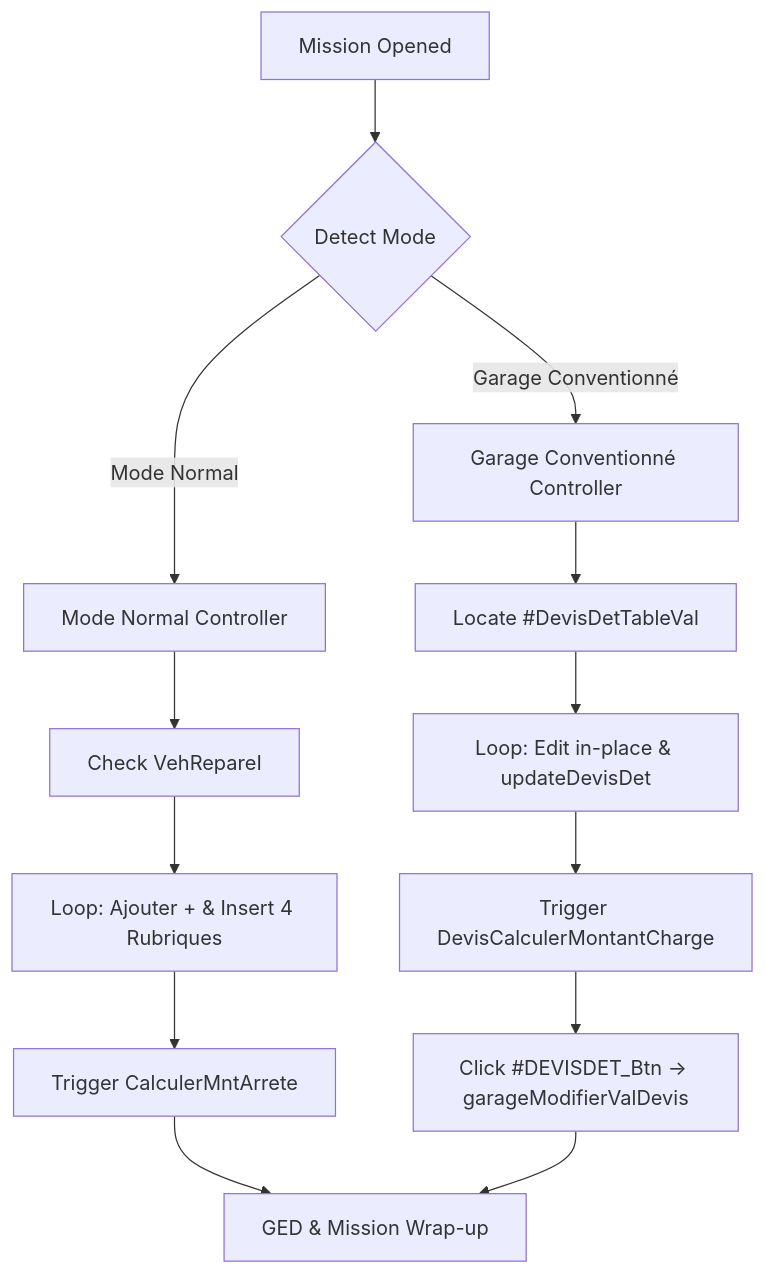
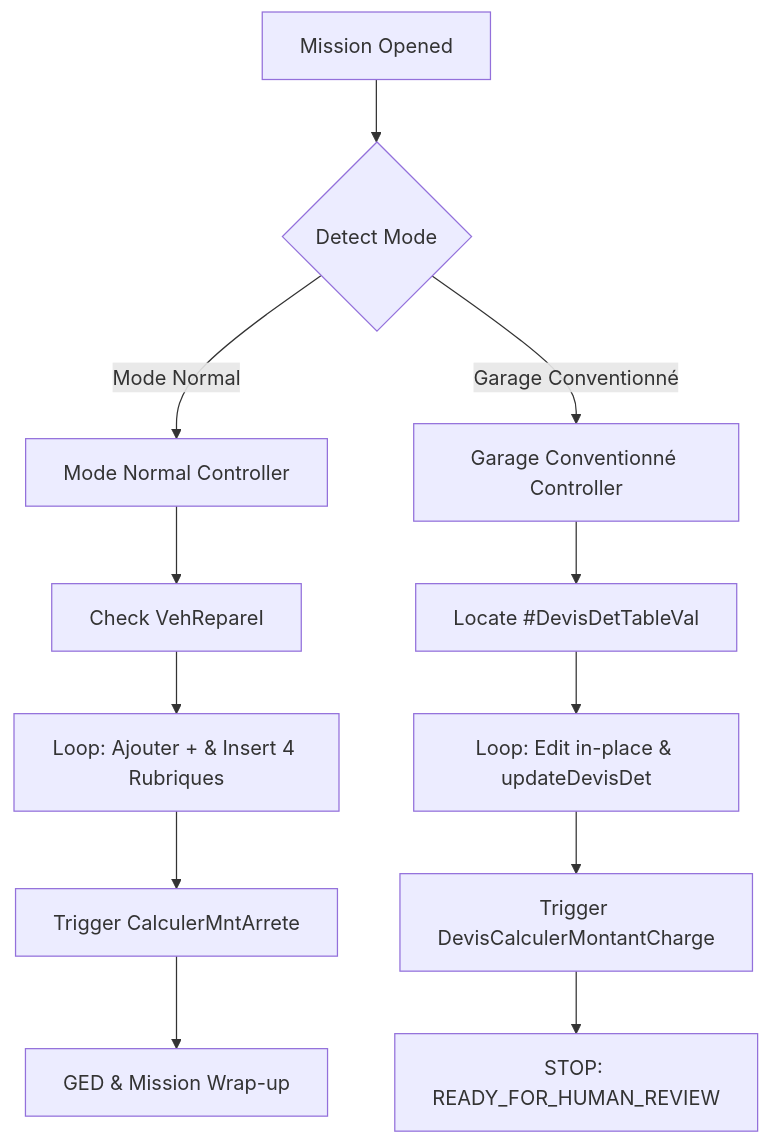
The fourth of 4 diagrams in GARAGE_CONVENTIONNE_ANALYSIS.md (mohammedkasmii/mcma_agent), drawn with Mermaid before and after one commit. The commit also changed other lines of this file and 5 other files, not shown here.

````diff
--- a/GARAGE_CONVENTIONNE_ANALYSIS.md
+++ b/GARAGE_CONVENTIONNE_ANALYSIS.md
@@ -245,17 +242,16 @@
 ```mermaid
 graph TD
     Entry[Mission Opened] --> Detect{Detect Mode}
     Detect -->|Mode Normal| M1[Mode Normal Controller]
     Detect -->|Garage Conventionné| M2[Garage Conventionné Controller]
 
     M1 --> M1_1[Check VehRepareI]
     M1_1 --> M1_2[Loop: Ajouter + & Insert 4 Rubriques]
     M1_2 --> M1_3[Trigger CalculerMntArrete]
     M1_3 --> Common[GED & Mission Wrap-up]
 
     M2 --> M2_1[Locate #DevisDetTableVal]
     M2_1 --> M2_2[Loop: Edit in-place & updateDevisDet]
     M2_2 --> M2_3[Trigger DevisCalculerMontantCharge]
-    M2_3 --> M2_4[Click #DEVISDET_Btn -> garageModifierValDevis]
-    M2_4 --> Common
+    M2_3 --> M2_4[STOP: READY_FOR_HUMAN_REVIEW]
 ```
````
